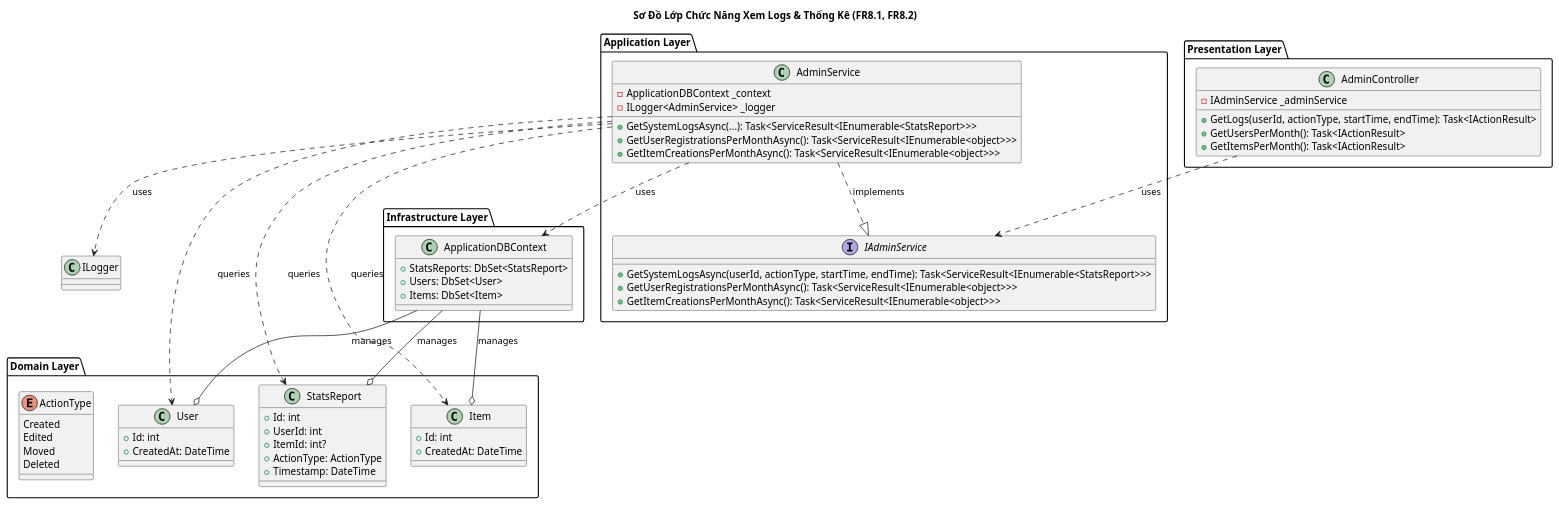
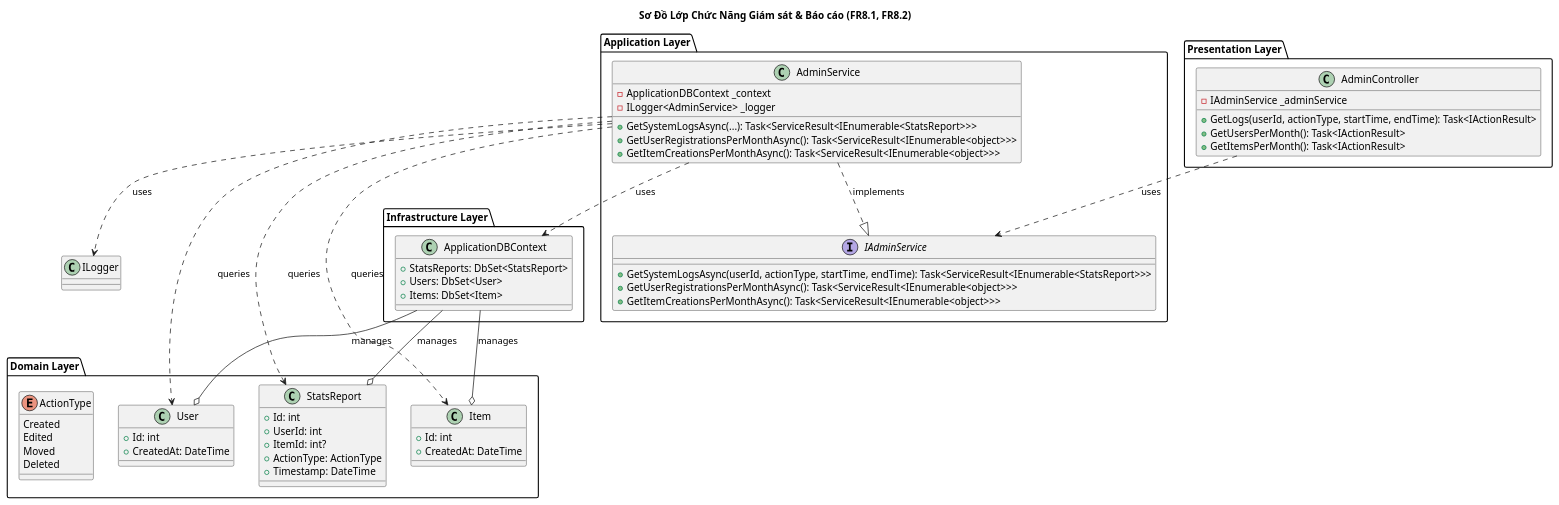
Before and after one commit to Duy-Tien-Nguyen/HomeTrack: the diagram in UML/auth/class/logging-and-statistics-class-diagram.puml, drawn with PlantUML. The commit also changed 18 other files, not shown here.

```diff
--- a/UML/auth/class/logging-and-statistics-class-diagram.puml
+++ b/UML/auth/class/logging-and-statistics-class-diagram.puml
@@ -1,82 +1,82 @@
 @startuml LoggingAndStatisticsClassDiagram
 
-title Sơ Đồ Lớp Chức Năng Xem Logs & Thống Kê (FR8.1, FR8.2)
+title Sơ Đồ Lớp Chức Năng Giám sát & Báo cáo (FR8.1, FR8.2)
 
 package "Presentation Layer" {
     class AdminController {
         - IAdminService _adminService
         + GetLogs(userId, actionType, startTime, endTime): Task<IActionResult>
         + GetUsersPerMonth(): Task<IActionResult>
         + GetItemsPerMonth(): Task<IActionResult>
     }
 }
 
 package "Application Layer" {
     interface IAdminService {
         + GetSystemLogsAsync(userId, actionType, startTime, endTime): Task<ServiceResult<IEnumerable<StatsReport>>>
         + GetUserRegistrationsPerMonthAsync(): Task<ServiceResult<IEnumerable<object>>>
         + GetItemCreationsPerMonthAsync(): Task<ServiceResult<IEnumerable<object>>>
     }
 
     class AdminService {
         - ApplicationDBContext _context
         - ILogger<AdminService> _logger
         + GetSystemLogsAsync(...): Task<ServiceResult<IEnumerable<StatsReport>>>
         + GetUserRegistrationsPerMonthAsync(): Task<ServiceResult<IEnumerable<object>>>
         + GetItemCreationsPerMonthAsync(): Task<ServiceResult<IEnumerable<object>>>
     }
 }
 
 package "Domain Layer" {
     class StatsReport {
         + Id: int
         + UserId: int
         + ItemId: int?
         + ActionType: ActionType
         + Timestamp: DateTime
     }
 
     class User {
         + Id: int
         + CreatedAt: DateTime
         ' ... other properties'
     }
 
     class Item {
         + Id: int
         + CreatedAt: DateTime
         ' ... other properties'
     }
 
     enum ActionType {
         Created
         Edited
         Moved
         Deleted
     }
 }
 
 package "Infrastructure Layer" {
     class ApplicationDBContext {
         + StatsReports: DbSet<StatsReport>
         + Users: DbSet<User>
         + Items: DbSet<Item>
     }
 }
 
 ' Relationships
 AdminController ..> IAdminService : uses
 
 AdminService ..|> IAdminService : implements
 AdminService ..> ApplicationDBContext : uses
 AdminService ..> ILogger : uses
 
 AdminService ..> StatsReport : queries
 AdminService ..> User : queries
 AdminService ..> Item : queries
 
 ApplicationDBContext --o StatsReport : manages
 ApplicationDBContext --o User : manages
 ApplicationDBContext --o Item : manages
 
 @enduml
```
